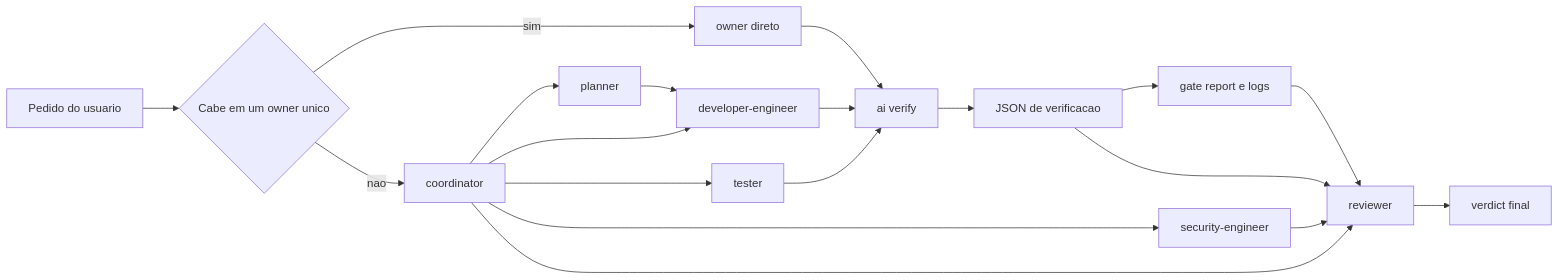
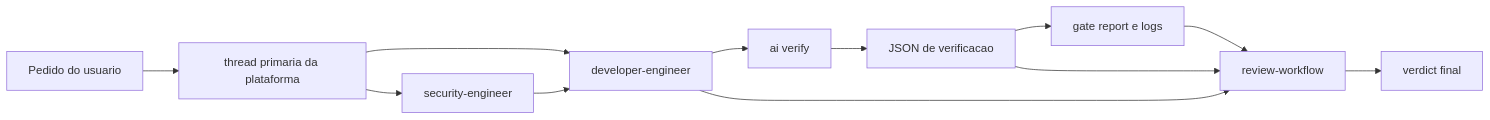
One commit to jor0105/Global-Data-Finance changed the diagram in .agents/README.md. Above: the diagram before and after it, drawn with Mermaid. The commit also changed other lines of this file and 434 other files, not shown here.

````diff
--- a/.agents/README.md
+++ b/.agents/README.md
@@ -49,24 +43,16 @@
 ```mermaid
 flowchart LR
-  req[Pedido do usuario] --> fit{Cabe em um owner unico}
+  req[Pedido do usuario] --> primary[thread primaria da plataforma]
 
-  fit -->|sim| owner[owner direto]
-  fit -->|nao| coord[coordinator]
+  primary --> dev[developer-engineer]
+  primary --> sec[security-engineer]
 
-  coord --> planner[planner]
-  coord --> dev[developer-engineer]
-  coord --> test[tester]
-  coord --> sec[security-engineer]
-  coord --> review[reviewer]
-
-  planner --> dev
-  owner --> verify[ai verify]
-  dev --> verify
-  test --> verify
+  dev --> verify[ai verify]
   verify --> result[JSON de verificacao]
   result --> session[gate report e logs]
-  session --> review
+  session --> review[review-workflow]
   result --> review
-  sec --> review
+  sec --> dev
+  dev --> review
   review --> verdict[verdict final]
 ```
````
